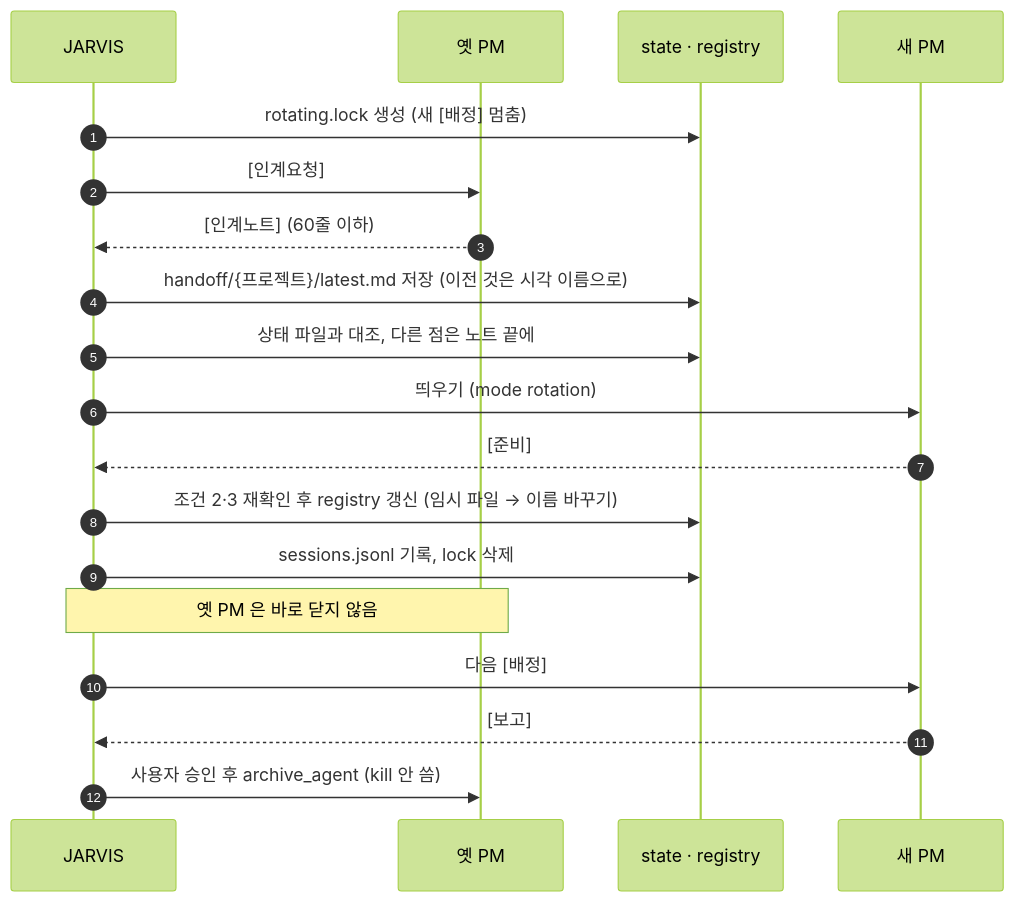
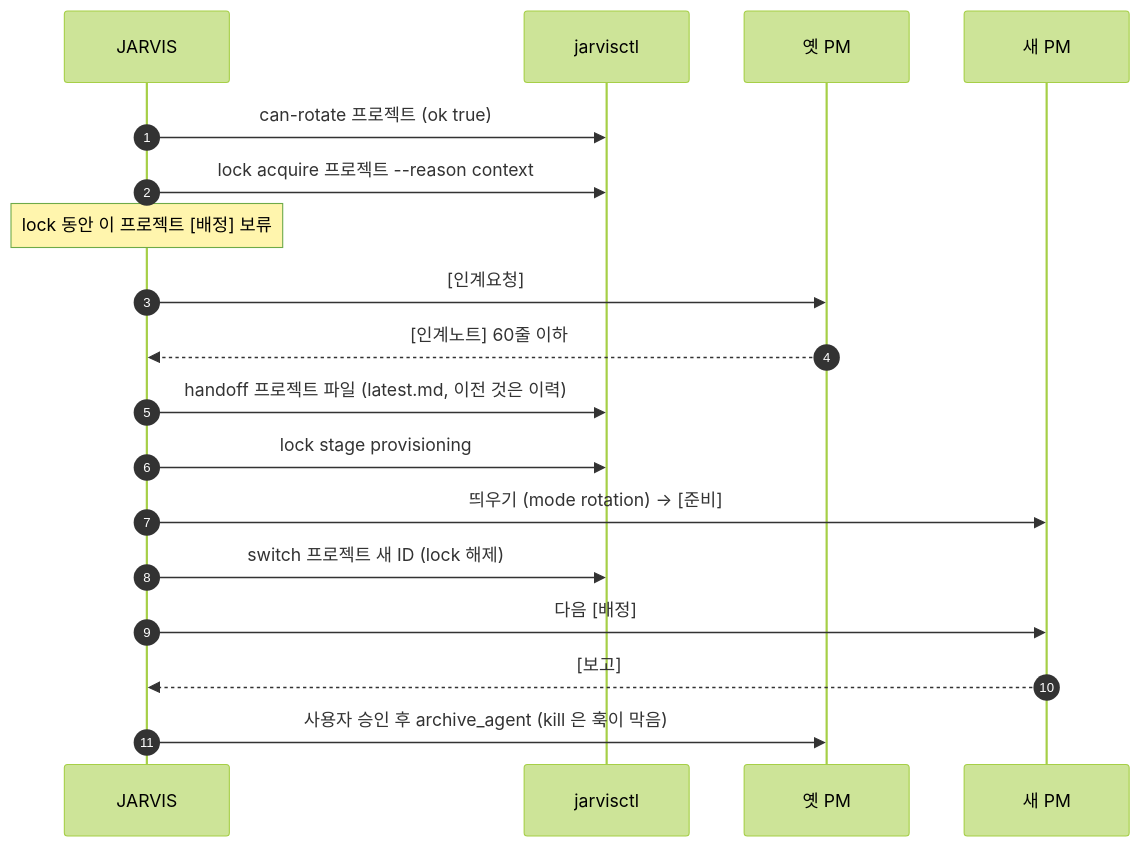
The fourth of 5 diagrams in docs/02_Agent_Lifecycle_Management.md (smdeveloper7/jarvis), drawn with Mermaid (forest theme) before and after one commit. The commit also changed other lines of this file and 6 other files, not shown here.

````diff
--- a/docs/02_Agent_Lifecycle_Management.md
+++ b/docs/02_Agent_Lifecycle_Management.md
@@ -132,22 +154,21 @@
 ```mermaid
 sequenceDiagram
     autonumber
     participant J as JARVIS
+    participant C as jarvisctl
     participant O as 옛 PM
-    participant F as state · registry
     participant N as 새 PM
 
-    J->>F: rotating.lock 생성 (새 [배정] 멈춤)
+    J->>C: can-rotate 프로젝트 (ok true)
+    J->>C: lock acquire 프로젝트 --reason context
+    Note over J: lock 동안 이 프로젝트 [배정] 보류
     J->>O: [인계요청]
-    O-->>J: [인계노트] (60줄 이하)
-    J->>F: handoff/{프로젝트}/latest.md 저장 (이전 것은 시각 이름으로)
-    J->>F: 상태 파일과 대조, 다른 점은 노트 끝에
-    J->>N: 띄우기 (mode rotation)
-    N-->>J: [준비]
-    J->>F: 조건 2·3 재확인 후 registry 갱신 (임시 파일 → 이름 바꾸기)
-    J->>F: sessions.jsonl 기록, lock 삭제
-    Note over J,O: 옛 PM 은 바로 닫지 않음
+    O-->>J: [인계노트] 60줄 이하
+    J->>C: handoff 프로젝트 파일 (latest.md, 이전 것은 이력)
+    J->>C: lock stage provisioning
+    J->>N: 띄우기 (mode rotation) → [준비]
+    J->>C: switch 프로젝트 새 ID (lock 해제)
     J->>N: 다음 [배정]
     N-->>J: [보고]
-    J->>O: 사용자 승인 후 archive_agent (kill 안 씀)
+    J->>O: 사용자 승인 후 archive_agent (kill 은 훅이 막음)
 ```
````
